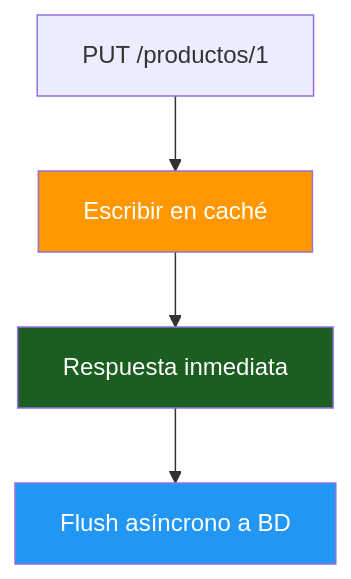
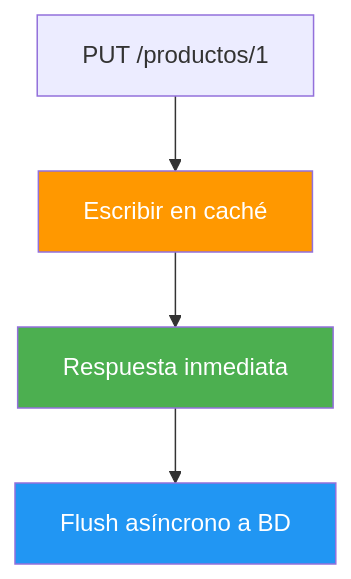
One commit to joseluisgs/DesarrolloWebEntornosServidor-02-2026-2027 changed the tenth of 17 diagrams in 14-cache-redis.md. Above: the diagram before and after it, drawn with Mermaid. The commit also changed other lines of this file and 15 other files, not shown here.

````diff
--- a/14-cache-redis.md
+++ b/14-cache-redis.md
@@ -360,9 +360,9 @@
 ```mermaid
 flowchart TD
     A["PUT /productos/1"] --> B["Escribir en caché"]
     B --> C["Respuesta inmediata"]
     C --> D["Flush asíncrono a BD"]
     style B fill:#FF9800,color:#fff
-    style C fill:#1B5E20,color:#fff
+    style C fill:#4CAF50,color:#fff
     style D fill:#2196F3,color:#fff
 ```
````
